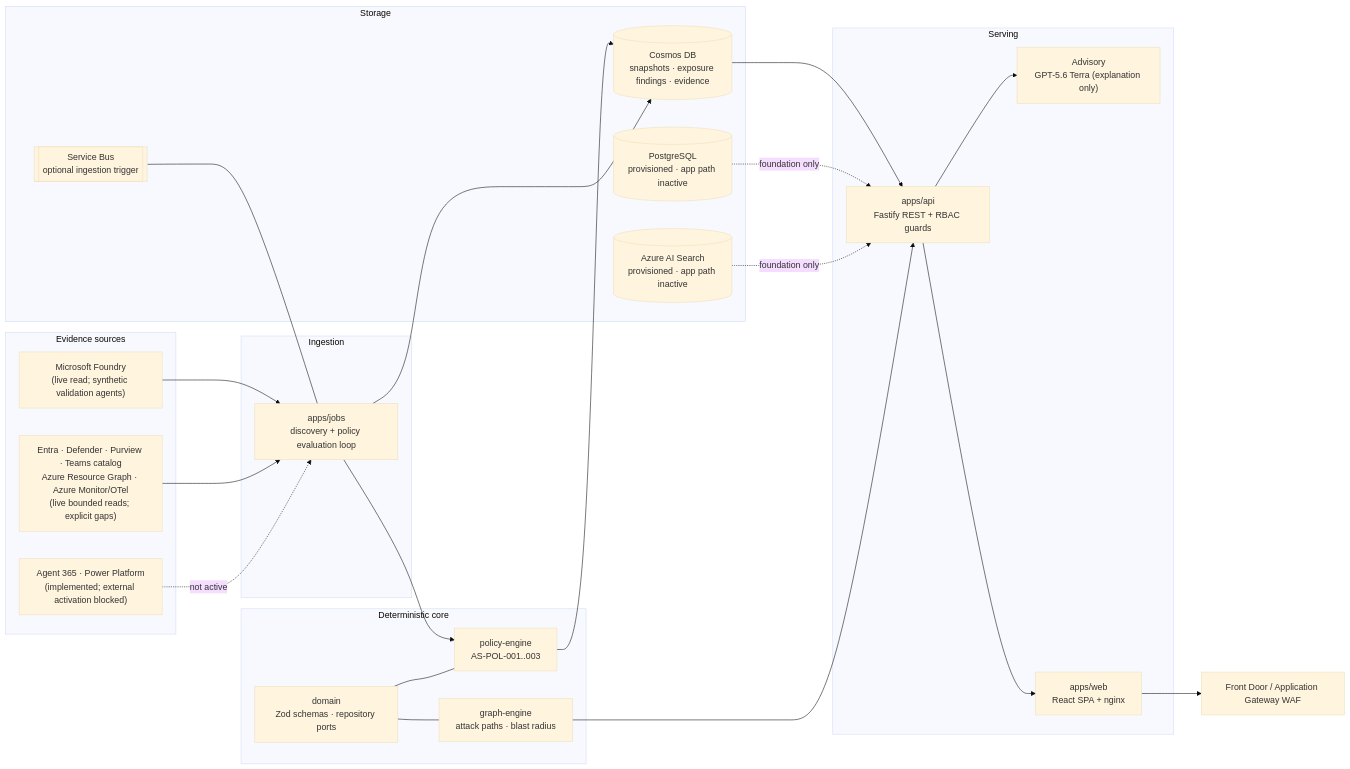
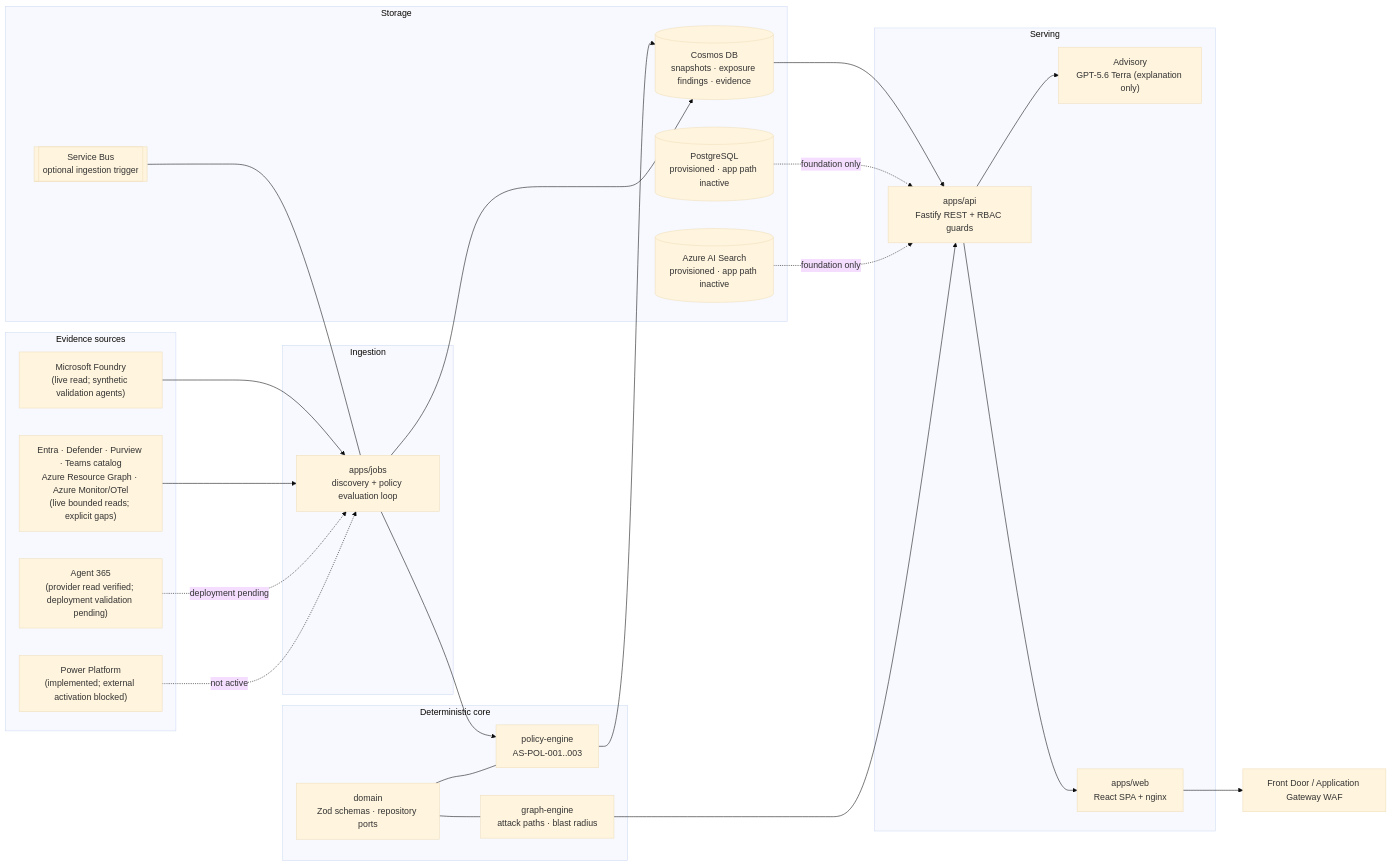
Before and after one commit to YOONPYOGitHub/agent-sentinel: the diagram in README.md, drawn with Mermaid (base theme). The commit also changed other lines of this file and 106 other files, not shown here.

````diff
--- a/README.md
+++ b/README.md
@@ -86,47 +88,49 @@
 ```mermaid
 flowchart LR
     subgraph Sources["Evidence sources"]
         FDRY["Microsoft Foundry<br/>(live read; synthetic validation agents)"]
         LIVE["Entra · Defender · Purview · Teams catalog<br/>Azure Resource Graph · Azure Monitor/OTel<br/>(live bounded reads; explicit gaps)"]
-        BLOCKED["Agent 365 · Power Platform<br/>(implemented; external activation blocked)"]
+        BLOCKED["Power Platform<br/>(implemented; external activation blocked)"]
+        A365["Agent 365<br/>(provider read verified; deployment validation pending)"]
     end
 
     subgraph Ingest["Ingestion"]
         JOBS["apps/jobs<br/>discovery + policy evaluation loop"]
     end
 
     subgraph Core["Deterministic core"]
         GRAPH["graph-engine<br/>attack paths · blast radius"]
         POLICY["policy-engine<br/>AS-POL-001..003"]
         DOMAIN["domain<br/>Zod schemas · repository ports"]
     end
 
     subgraph Store["Storage"]
         COSMOS[("Cosmos DB<br/>snapshots · exposure findings · evidence")]
         PG[("PostgreSQL<br/>provisioned · app path inactive")]
         SEARCH[("Azure AI Search<br/>provisioned · app path inactive")]
         SB[["Service Bus<br/>optional ingestion trigger"]]
     end
 
     subgraph Serve["Serving"]
         API["apps/api<br/>Fastify REST + RBAC guards"]
         ADV["Advisory<br/>GPT-5.6 Terra (explanation only)"]
         WEB["apps/web<br/>React SPA + nginx"]
     end
 
     FDRY --> JOBS
     LIVE --> JOBS
+    A365 -.deployment pending.-> JOBS
     BLOCKED -.not active.-> JOBS
     JOBS --> POLICY --> COSMOS
     JOBS --> COSMOS
     DOMAIN --- POLICY
     DOMAIN --- GRAPH
     COSMOS --> API
     PG -.foundation only.-> API
     SEARCH -.foundation only.-> API
     SB --- JOBS
     GRAPH --> API
     API --> ADV
     API --> WEB
     WEB --> EDGE["Front Door / Application Gateway WAF"]
 ```
````
